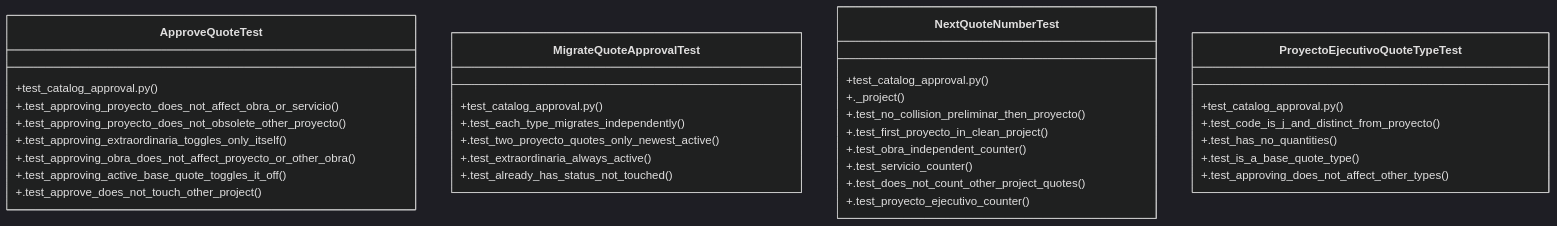
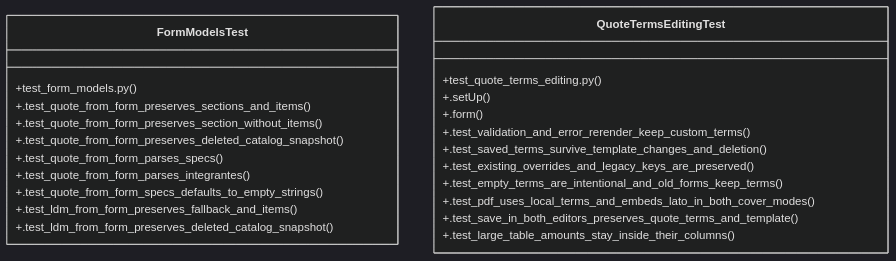
The diagram in graphify-out/wiki/Community_13.md (Daftrick/ProjectTracker), drawn with Mermaid (dark theme) before and after one commit. The commit also changed other lines of this file and 495 other files, not shown here.

````diff
--- a/graphify-out/wiki/Community_13.md
+++ b/graphify-out/wiki/Community_13.md
@@ -36,36 +36,26 @@
 ```mermaid
 classDiagram
-    class ApproveQuoteTest {
-        +test_catalog_approval.py()
-        +.test_approving_proyecto_does_not_affect_obra_or_servicio()
-        +.test_approving_proyecto_does_not_obsolete_other_proyecto()
-        +.test_approving_extraordinaria_toggles_only_itself()
-        +.test_approving_obra_does_not_affect_proyecto_or_other_obra()
-        +.test_approving_active_base_quote_toggles_it_off()
-        +.test_approve_does_not_touch_other_project()
+    class FormModelsTest {
+        +test_form_models.py()
+        +.test_quote_from_form_preserves_sections_and_items()
+        +.test_quote_from_form_preserves_section_without_items()
+        +.test_quote_from_form_preserves_deleted_catalog_snapshot()
+        +.test_quote_from_form_parses_specs()
+        +.test_quote_from_form_parses_integrantes()
+        +.test_quote_from_form_specs_defaults_to_empty_strings()
+        +.test_ldm_from_form_preserves_fallback_and_items()
+        +.test_ldm_from_form_preserves_deleted_catalog_snapshot()
     }
-    class MigrateQuoteApprovalTest {
-        +test_catalog_approval.py()
-        +.test_each_type_migrates_independently()
-        +.test_two_proyecto_quotes_only_newest_active()
-        +.test_extraordinaria_always_active()
-        +.test_already_has_status_not_touched()
-    }
-    class NextQuoteNumberTest {
-        +test_catalog_approval.py()
-        +._project()
-        +.test_no_collision_preliminar_then_proyecto()
-        +.test_first_proyecto_in_clean_project()
-        +.test_obra_independent_counter()
-        +.test_servicio_counter()
-        +.test_does_not_count_other_project_quotes()
-        +.test_proyecto_ejecutivo_counter()
-    }
-    class ProyectoEjecutivoQuoteTypeTest {
-        +test_catalog_approval.py()
-        +.test_code_is_j_and_distinct_from_proyecto()
-        +.test_has_no_quantities()
-        +.test_is_a_base_quote_type()
-        +.test_approving_does_not_affect_other_types()
+    class QuoteTermsEditingTest {
+        +test_quote_terms_editing.py()
+        +.setUp()
+        +.form()
+        +.test_validation_and_error_rerender_keep_custom_terms()
+        +.test_saved_terms_survive_template_changes_and_deletion()
+        +.test_existing_overrides_and_legacy_keys_are_preserved()
+        +.test_empty_terms_are_intentional_and_old_forms_keep_terms()
+        +.test_pdf_uses_local_terms_and_embeds_lato_in_both_cover_modes()
+        +.test_save_in_both_editors_preserves_quote_terms_and_template()
+        +.test_large_table_amounts_stay_inside_their_columns()
     }
 ```
````
